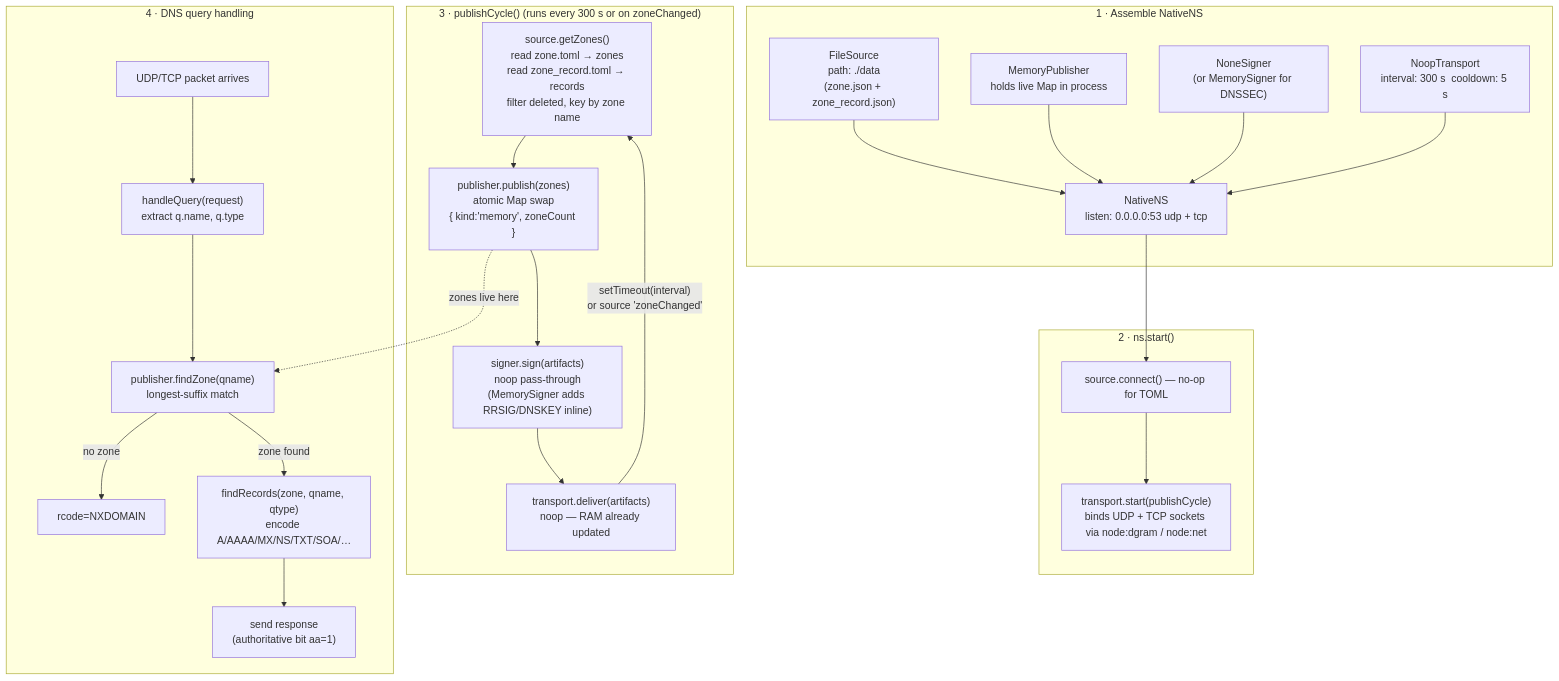
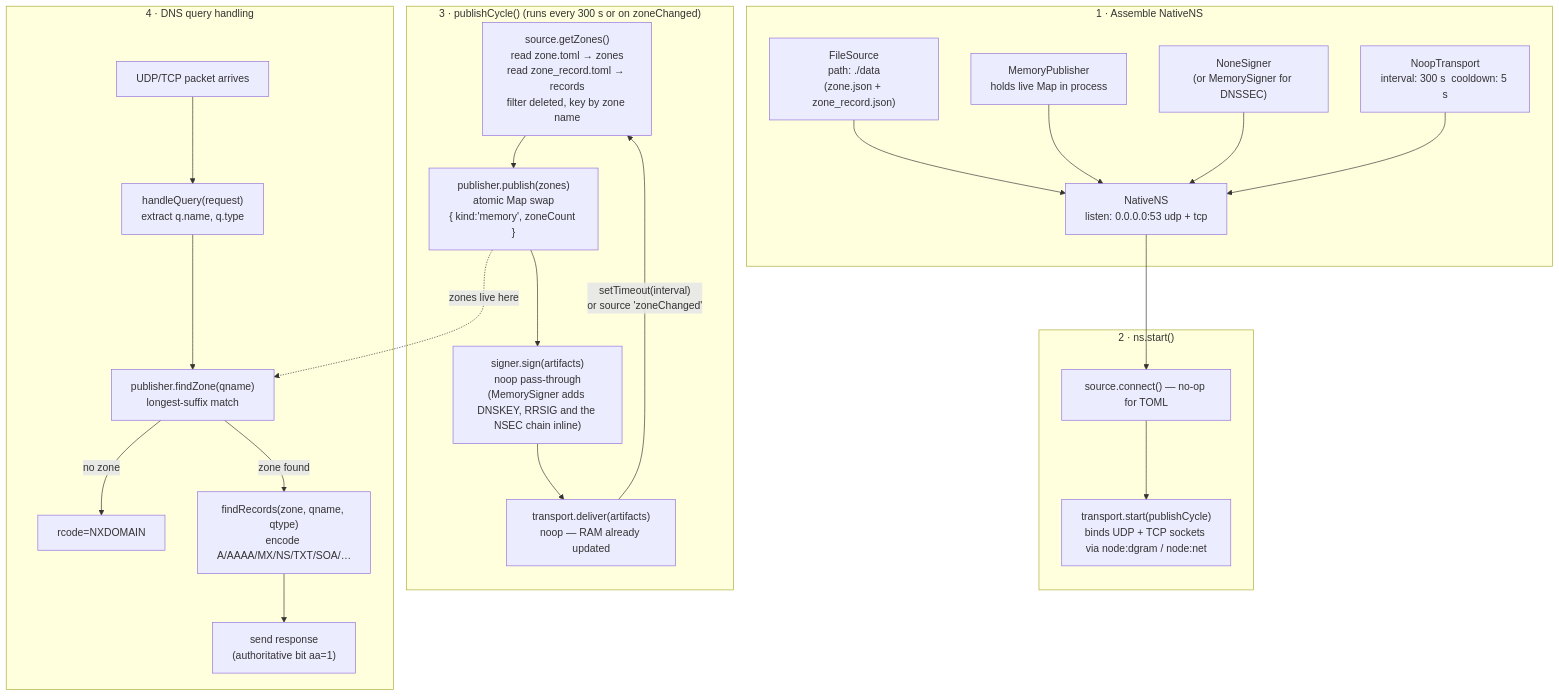
One commit to NicTool/dns-nameserver changed the first of 3 diagrams in FLOWCHARTS.md. Above: the diagram before and after it, drawn with Mermaid. The commit also changed other lines of this file and 54 other files, not shown here.

````diff
--- a/FLOWCHARTS.md
+++ b/FLOWCHARTS.md
@@ -11,41 +11,41 @@
 ```mermaid
 flowchart TD
     subgraph ASSEMBLE["1 · Assemble NativeNS"]
         src["FileSource\npath: ./data\n(zone.json + zone_record.json)"]
         pub["MemoryPublisher\nholds live Map in process"]
         sig["NoneSigner\n(or MemorySigner for DNSSEC)"]
         trn["NoopTransport\ninterval: 300 s  cooldown: 5 s"]
         ns["NativeNS\nlisten: 0.0.0.0:53  udp + tcp"]
         src & pub & sig & trn --> ns
     end
 
     subgraph START["2 · ns.start()"]
         sc["source.connect() — no-op for TOML"]
         ts["transport.start(publishCycle)\nbinds UDP + TCP sockets via node:dgram / node:net"]
         sc --> ts
     end
 
     subgraph CYCLE["3 · publishCycle()  (runs every 300 s or on zoneChanged)"]
         gz["source.getZones()\nread zone.toml → zones\nread zone_record.toml → records\nfilter deleted, key by zone name"]
         pp["publisher.publish(zones)\natomic Map swap\n{ kind:'memory', zoneCount }"]
-        ss["signer.sign(artifacts)\nnoop pass-through\n(MemorySigner adds RRSIG/DNSKEY inline)"]
+        ss["signer.sign(artifacts)\nnoop pass-through\n(MemorySigner adds DNSKEY, RRSIG and the NSEC chain inline)"]
         td["transport.deliver(artifacts)\nnoop — RAM already updated"]
         gz --> pp --> ss --> td
         td -->|"setTimeout(interval)\nor source 'zoneChanged'"| gz
     end
 
     subgraph QUERY["4 · DNS query handling"]
         qin["UDP/TCP packet arrives"]
         hq["handleQuery(request)\nextract q.name, q.type"]
         fz["publisher.findZone(qname)\nlongest-suffix match"]
         nx["rcode=NXDOMAIN"]
         fr["findRecords(zone, qname, qtype)\nencode A/AAAA/MX/NS/TXT/SOA/…"]
         send["send response\n(authoritative bit aa=1)"]
         qin --> hq --> fz
         fz -->|"no zone"| nx
         fz -->|"zone found"| fr --> send
     end
 
     ns --> sc
     pp -.->|"zones live here"| fz
 ```
````
